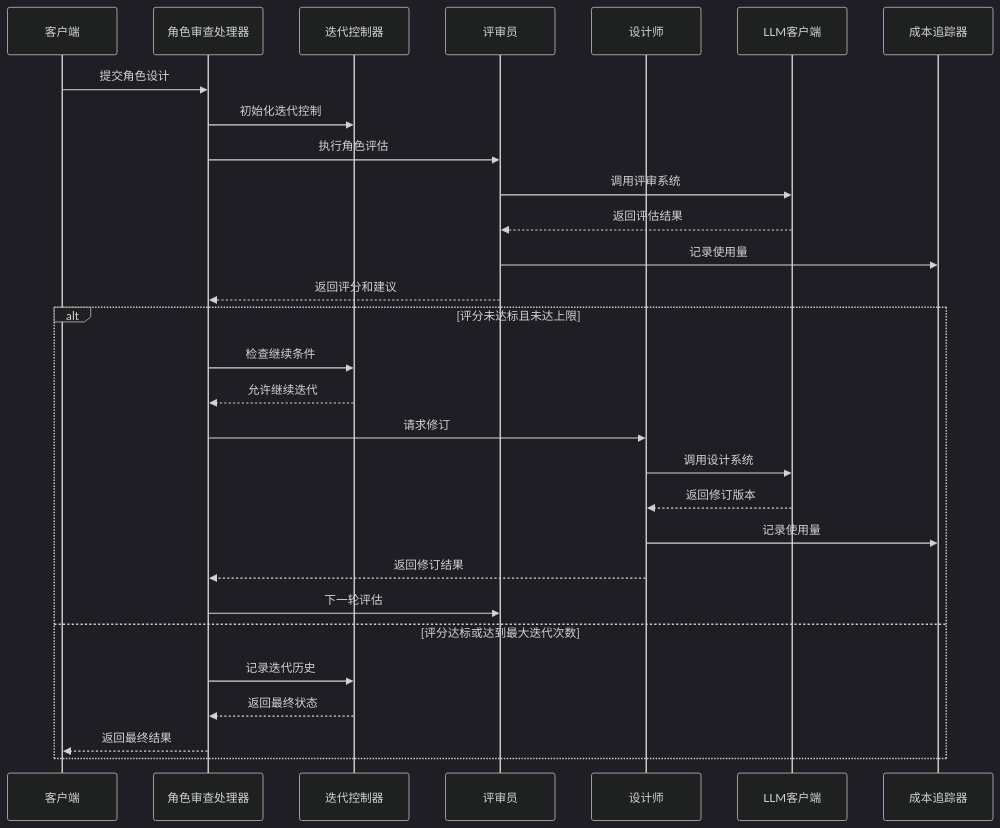
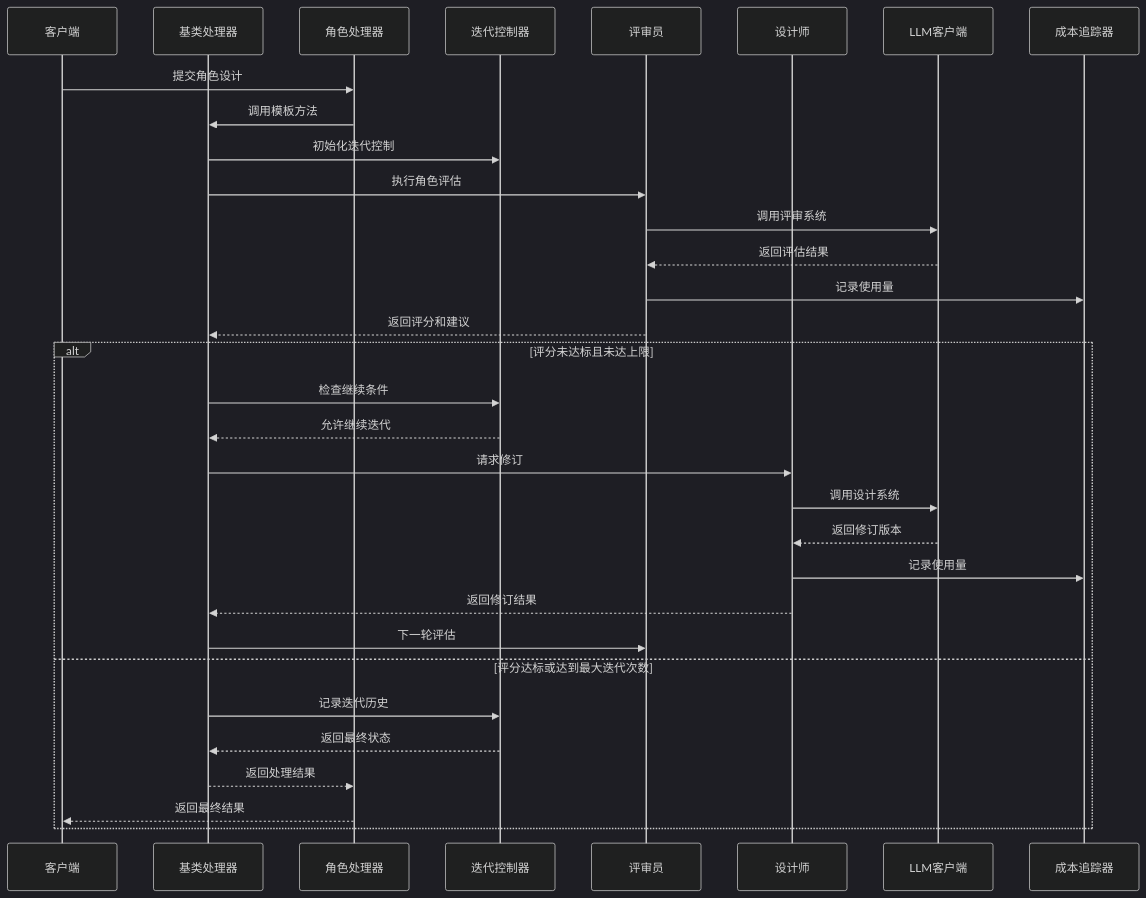
Before and after one commit to xfbyxq/ai-novel-system: the third of 9 diagrams in .qoder/repowiki/zh/content/AI智能体系统/角色审查处理器.md, drawn with Mermaid (dark theme). The commit also changed other lines of this file and 84 other files, not shown here.

````diff
--- a/.qoder/repowiki/zh/content/AI智能体系统/角色审查处理器.md
+++ b/.qoder/repowiki/zh/content/AI智能体系统/角色审查处理器.md
@@ -179,31 +161,34 @@
 ```mermaid
 sequenceDiagram
 participant Client as 客户端
-participant Handler as 角色审查处理器
+participant BaseHandler as 基类处理器
+participant CharHandler as 角色处理器
 participant Controller as 迭代控制器
 participant Reviewer as 评审员
 participant Designer as 设计师
 participant LLM as LLM客户端
 participant Cost as 成本追踪器
-Client->>Handler : 提交角色设计
-Handler->>Controller : 初始化迭代控制
-Handler->>Reviewer : 执行角色评估
+Client->>CharHandler : 提交角色设计
+CharHandler->>BaseHandler : 调用模板方法
+BaseHandler->>Controller : 初始化迭代控制
+BaseHandler->>Reviewer : 执行角色评估
 Reviewer->>LLM : 调用评审系统
 LLM-->>Reviewer : 返回评估结果
 Reviewer->>Cost : 记录使用量
-Reviewer-->>Handler : 返回评分和建议
+Reviewer-->>BaseHandler : 返回评分和建议
 alt 评分未达标且未达上限
-Handler->>Controller : 检查继续条件
-Controller-->>Handler : 允许继续迭代
-Handler->>Designer : 请求修订
+BaseHandler->>Controller : 检查继续条件
+Controller-->>BaseHandler : 允许继续迭代
+BaseHandler->>Designer : 请求修订
 Designer->>LLM : 调用设计系统
 LLM-->>Designer : 返回修订版本
 Designer->>Cost : 记录使用量
-Designer-->>Handler : 返回修订结果
-Handler->>Reviewer : 下一轮评估
+Designer-->>BaseHandler : 返回修订结果
+BaseHandler->>Reviewer : 下一轮评估
 else 评分达标或达到最大迭代次数
-Handler->>Controller : 记录迭代历史
-Controller-->>Handler : 返回最终状态
-Handler-->>Client : 返回最终结果
+BaseHandler->>Controller : 记录迭代历史
+Controller-->>BaseHandler : 返回最终状态
+BaseHandler-->>CharHandler : 返回处理结果
+CharHandler-->>Client : 返回最终结果
 end
 ```
````
